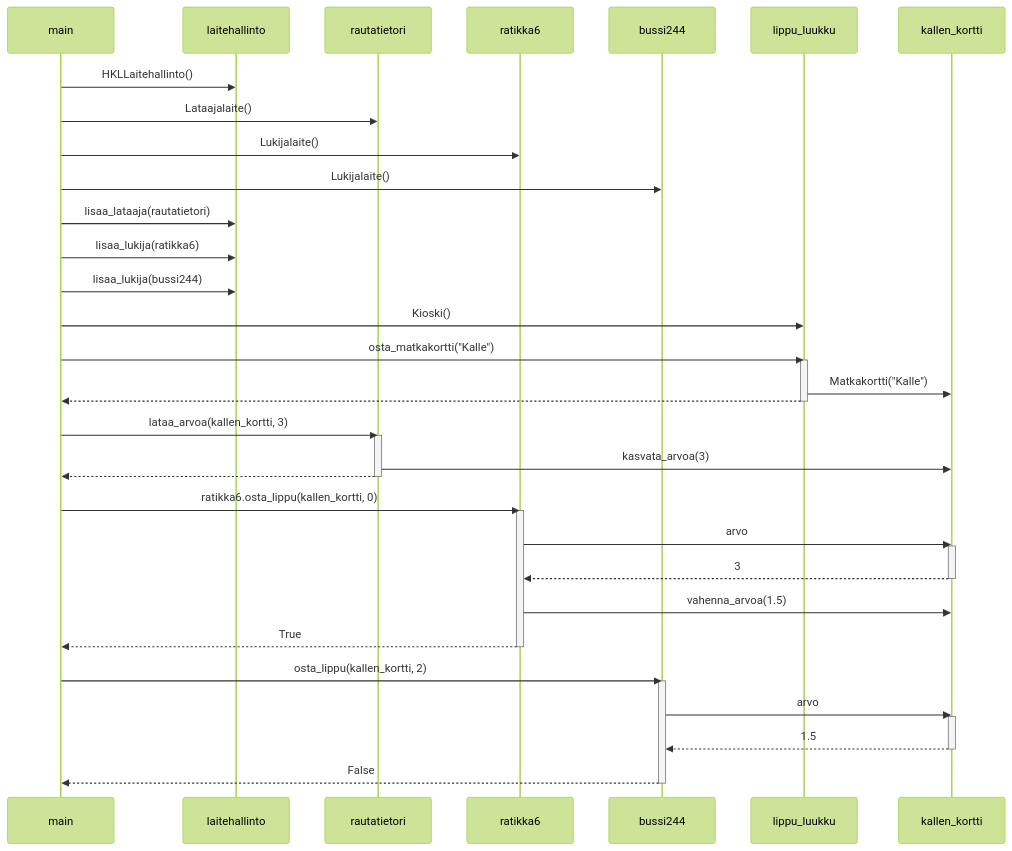
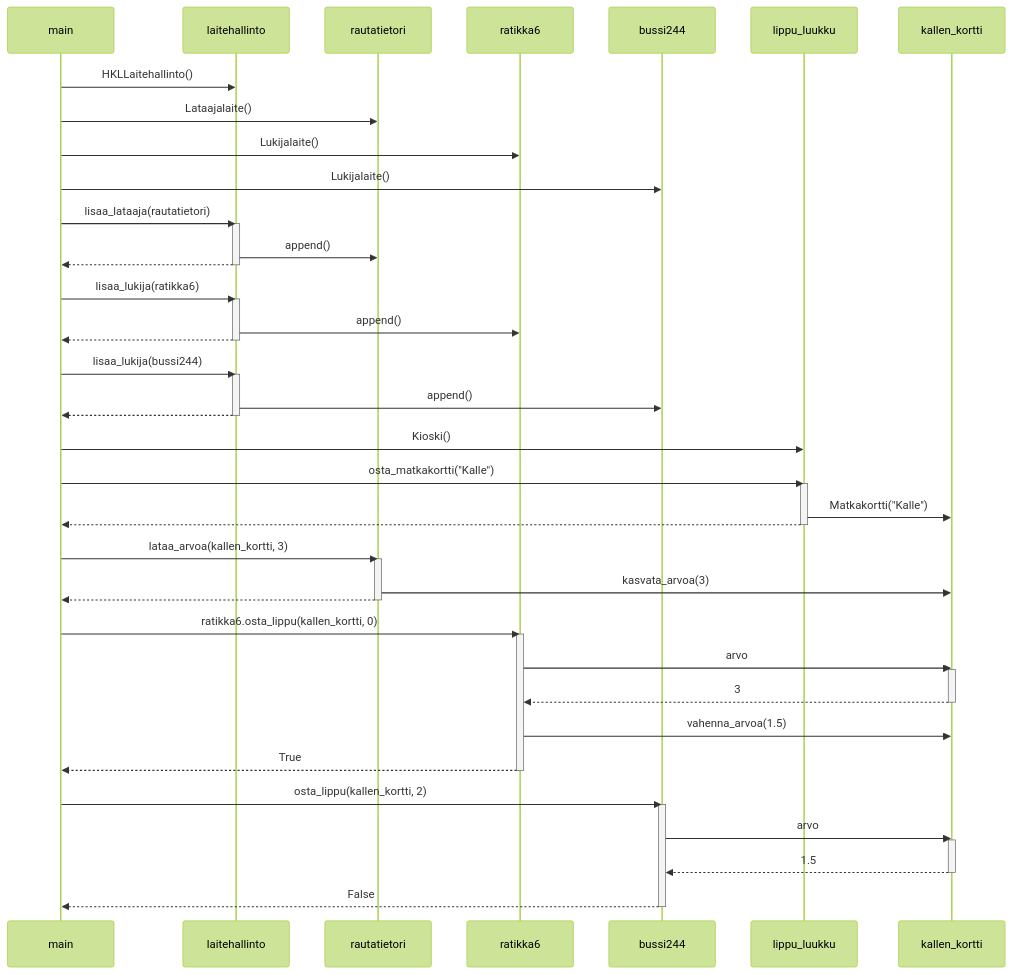
The diagram in laskarit/viikko3/hsl_sekvenssikaavio.md (jmorrisv/ot-harjoitustyo), drawn with Mermaid (forest theme) before and after one commit.

````diff
--- a/laskarit/viikko3/hsl_sekvenssikaavio.md
+++ b/laskarit/viikko3/hsl_sekvenssikaavio.md
@@ -1,38 +1,50 @@
 ```mermaid
 sequenceDiagram
 main ->> laitehallinto: HKLLaitehallinto()
 main ->> rautatietori: Lataajalaite()
 main ->> ratikka6: Lukijalaite()
 main ->> bussi244: Lukijalaite()
 main ->> laitehallinto: lisaa_lataaja(rautatietori)
+activate laitehallinto
+laitehallinto ->> rautatietori: append()
+laitehallinto -->> main: 
+deactivate laitehallinto
 main ->> laitehallinto: lisaa_lukija(ratikka6)
+activate laitehallinto
+laitehallinto ->> ratikka6: append()
+laitehallinto -->> main: 
+deactivate laitehallinto
 main ->> laitehallinto: lisaa_lukija(bussi244)
+activate laitehallinto
+laitehallinto ->> bussi244: append()
+laitehallinto -->> main: 
+deactivate laitehallinto
 main ->> lippu_luukku: Kioski()
 main ->> lippu_luukku: osta_matkakortti("Kalle")
 activate lippu_luukku
 lippu_luukku ->> kallen_kortti: Matkakortti("Kalle")
 lippu_luukku -->> main: 
 deactivate lippu_luukku
 main ->> rautatietori: lataa_arvoa(kallen_kortti, 3)
 activate rautatietori
 rautatietori ->> kallen_kortti: kasvata_arvoa(3)
 rautatietori -->> main: 
 deactivate rautatietori
 main ->> ratikka6: ratikka6.osta_lippu(kallen_kortti, 0)
 activate ratikka6
 ratikka6 ->> kallen_kortti: arvo
 activate kallen_kortti
 kallen_kortti -->> ratikka6: 3
 deactivate kallen_kortti
 ratikka6 ->> kallen_kortti: vahenna_arvoa(1.5)
 ratikka6 -->> main: True
 deactivate ratikka6
 main ->> bussi244: osta_lippu(kallen_kortti, 2)
 activate bussi244
 bussi244 ->> kallen_kortti: arvo
 activate kallen_kortti
 kallen_kortti -->> bussi244: 1.5
 deactivate kallen_kortti
 bussi244 -->> main: False
 deactivate bussi244
 ```
````
